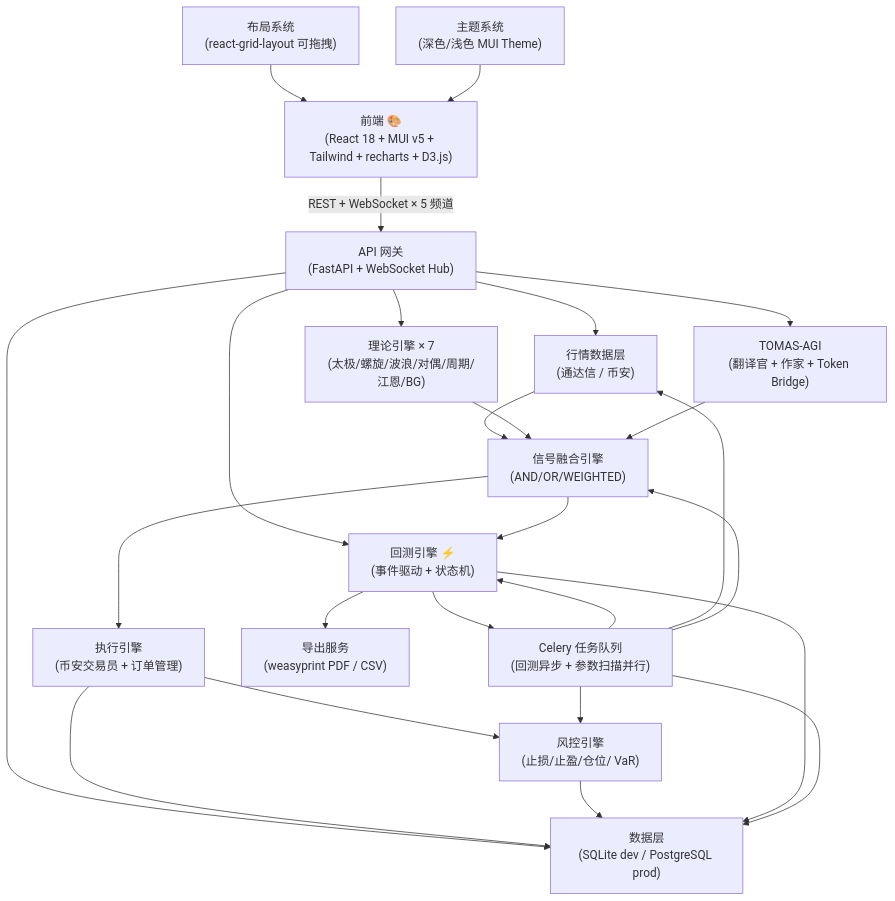
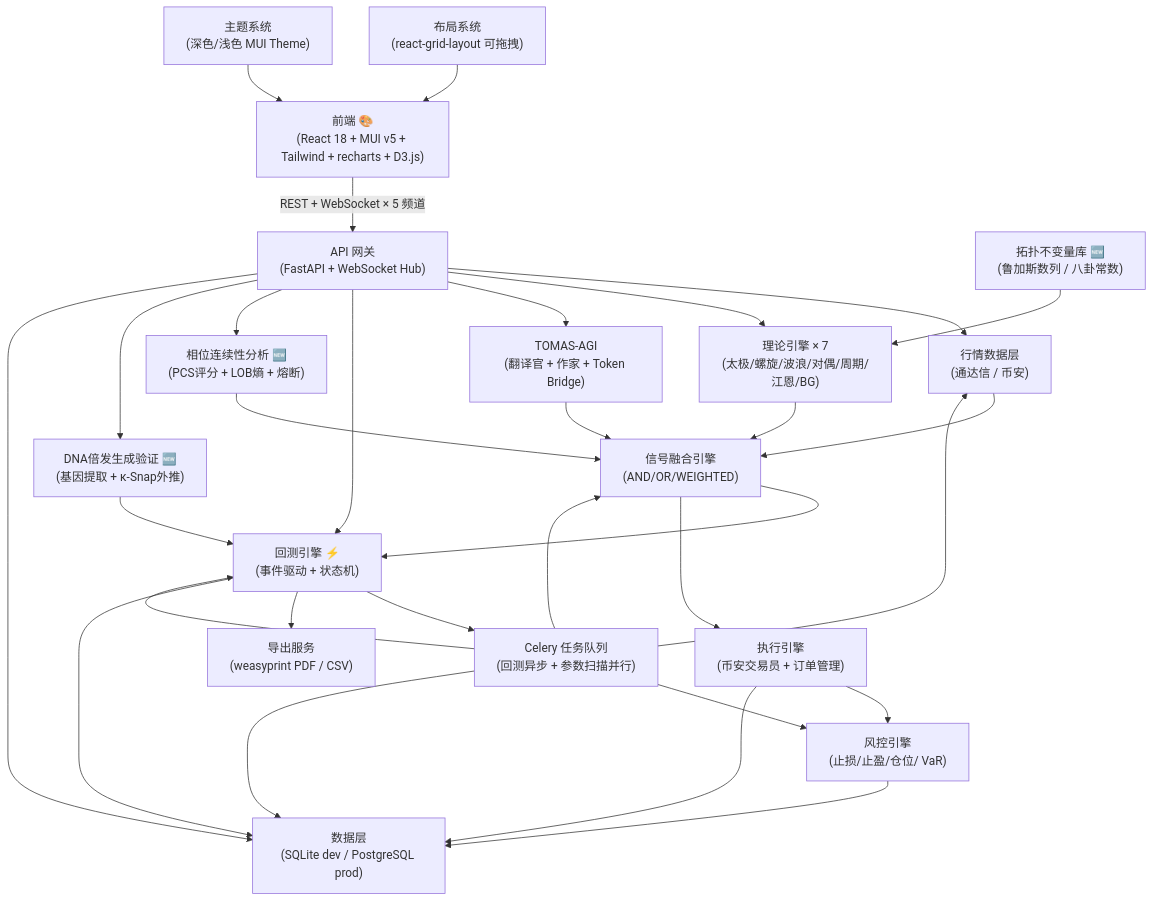
Before and after one commit to lisoleg/sun-dasheng: the first of 3 diagrams in README.md, drawn with Mermaid. The commit also changed other lines of this file and 14 other files, not shown here.

````diff
--- a/README.md
+++ b/README.md
@@ -66,42 +76,50 @@
 ```mermaid
 graph TD
     FE["前端 🎨<br/>(React 18 + MUI v5 + Tailwind + recharts + D3.js)"]
     LAYOUT["布局系统<br/>(react-grid-layout 可拖拽)"]
     THEME["主题系统<br/>(深色/浅色 MUI Theme)"]
     API["API 网关<br/>(FastAPI + WebSocket Hub)"]
     MD["行情数据层<br/>(通达信 / 币安)"]
     TE["理论引擎 × 7<br/>(太极/螺旋/波浪/对偶/周期/江恩/BG)"]
     TOMAS["TOMAS-AGI<br/>(翻译官 + 作家 + Token Bridge)"]
     SF["信号融合引擎<br/>(AND/OR/WEIGHTED)"]
     BE["回测引擎 ⚡<br/>(事件驱动 + 状态机)"]
     CELERY["Celery 任务队列<br/>(回测异步 + 参数扫描并行)"]
     EX["执行引擎<br/>(币安交易员 + 订单管理)"]
     RE["风控引擎<br/>(止损/止盈/仓位/ VaR)"]
     DB["数据层<br/>(SQLite dev / PostgreSQL prod)"]
     EXPORT["导出服务<br/>(weasyprint PDF / CSV)"]
+    TOPO["拓扑不变量库 🆕<br/>(鲁加斯数列 / 八卦常数)"]
+    PCS["相位连续性分析 🆕<br/>(PCS评分 + LOB熵 + 熔断)"]
+    DNA["DNA倍发生成验证 🆕<br/>(基因提取 + κ-Snap外推)"]
 
     FE -->|REST + WebSocket × 5 频道| API
     LAYOUT --> FE
     THEME --> FE
     API --> MD
     API --> TE
     API --> TOMAS
     API --> BE
+    API --> PCS
+    API --> DNA
     MD --> SF
     TE --> SF
     TOMAS --> SF
+    TOPO --> TE
+    PCS --> SF
+    DNA --> BE
     SF --> BE
     BE --> CELERY
     BE --> EXPORT
     CELERY --> BE
     SF --> EX
     EX --> RE
     CELERY --> MD
     CELERY --> SF
     CELERY --> RE
     API --> DB
     EX --> DB
     RE --> DB
     BE --> DB
     CELERY --> DB
 ```
````
